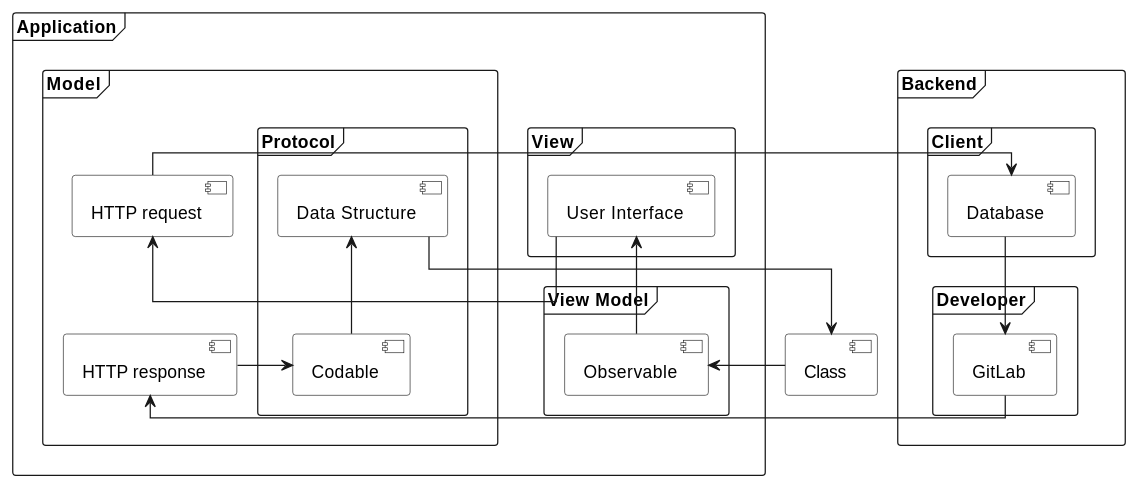
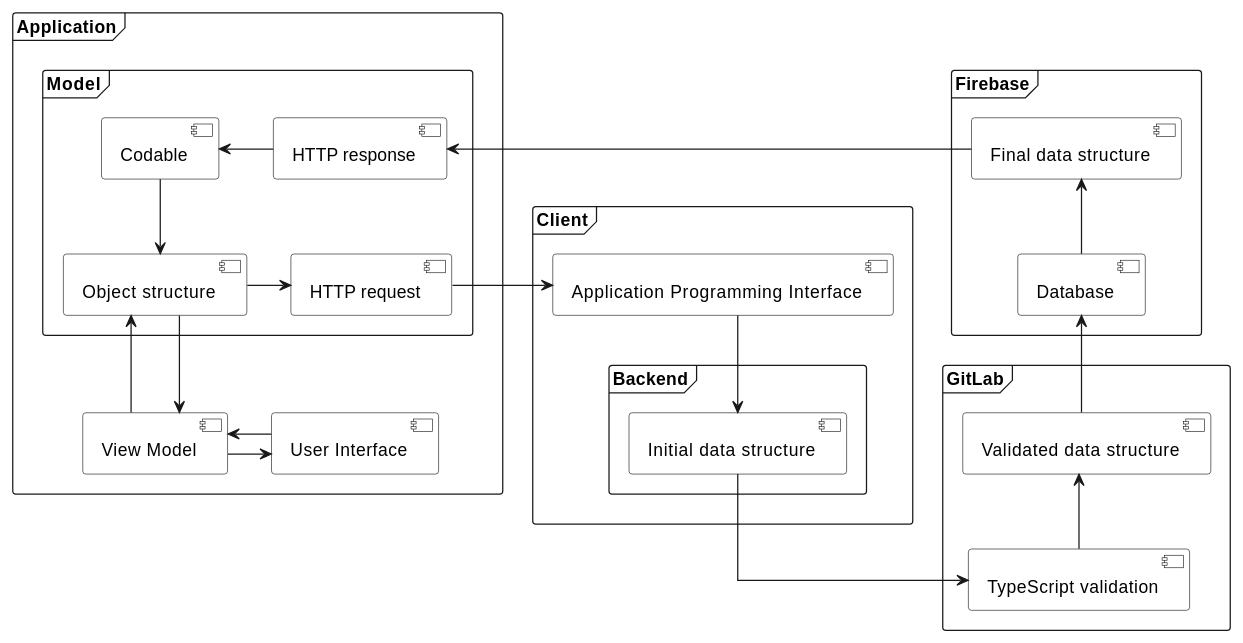
The fourth of 4 diagrams in dissertation/4-2 background-material.md (thorlindberg/thesis), drawn with PlantUML before and after one commit. The commit also changed other lines of this file and 1 other file, not shown here.

```diff
--- a/dissertation/4-2 background-material.md
+++ b/dissertation/4-2 background-material.md
@@ -377,51 +378,61 @@
 @startuml
 
 skinparam linetype ortho
 
 <style>
 componentDiagram {
     BackGroundColor transparent
     frame {
         BackGroundColor white
     }
     component {
         BackGroundColor white
     }
 }
 </style>
 
-frame Backend {
-    frame Client  {
-        [Database]
-    }
-    frame Developer {
-        [GitLab]
+frame Client {
+    [Application Programming Interface]
+    frame Backend {
+        [Initial data structure]
     }
 }
 
+frame GitLab {
+    [TypeScript validation]
+    [Validated data structure]
+}
+
+frame Firebase {
+    [Database] -up-> [Final data structure]
+}
+
 frame Application {
-    frame View {
-        [User Interface]
-    }
-    frame "View Model" {
-        [Observable]
-    }
+    [User Interface]
+    [View Model]
     frame Model {
+        [Object structure]
         [HTTP request]
         [HTTP response]
-        frame Protocol {
-            [Codable] -up-> [Data Structure]
-        }
+        [Codable]
     }
 }
 
-[Class] -left-> [Observable]
-[Observable] -up-> [User Interface]
-[User Interface] -right-> [HTTP request]
-[HTTP request] -right-> [Database]
-[Database] -down-> [GitLab]
-[GitLab] -left-> [HTTP response]
+[User Interface] -left-> [View Model]
+[View Model] -right-> [User Interface] 
+[View Model] -down-> [Object structure]
+[View Model] <-up- [Object structure]
+[Object structure] -right-> [HTTP request]
+[HTTP request] -right-> [Application Programming Interface]
 [HTTP response] -left-> [Codable]
-[Data Structure] -left-> [Class]
+[Codable] -down-> [Object structure]
+
+[Final data structure] -left-> [HTTP response]
+
+[Application Programming Interface] -down-> [Initial data structure]
+[Initial data structure] -right-> [TypeScript validation]
+
+[TypeScript validation] -up-> [Validated data structure]
+[Validated data structure] -up-> [Database]
 
 @enduml
```
